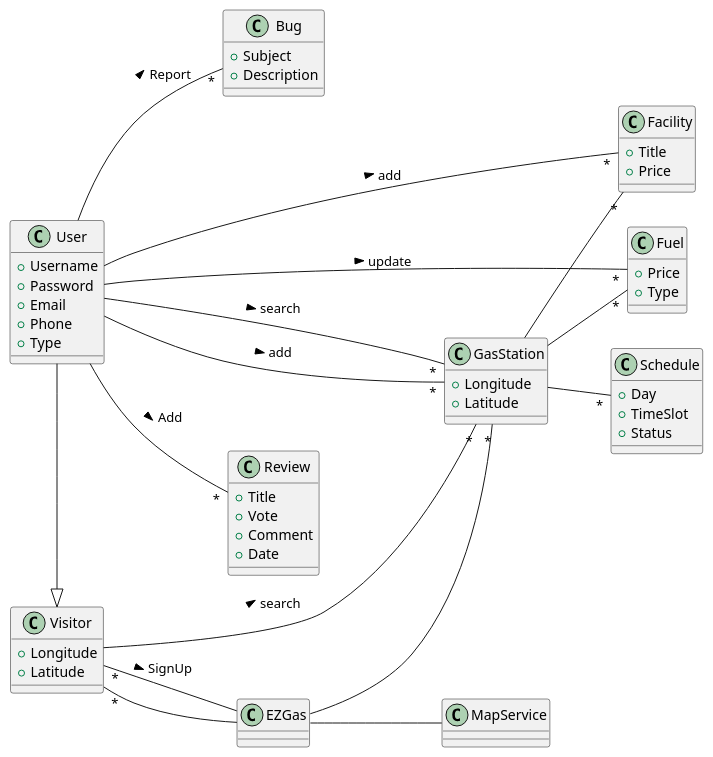
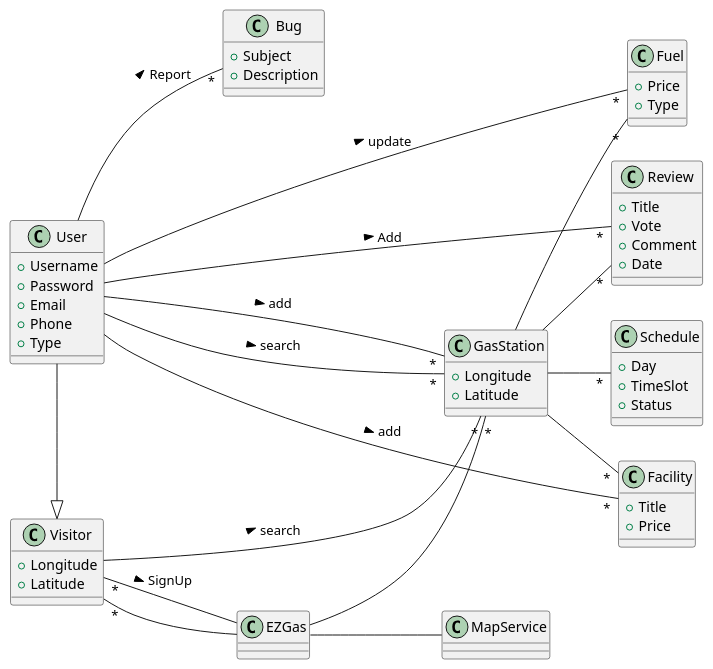
One commit to giovannitangredi/SEIProject changed the second of 2 diagrams in docs/RequirementsDocument.md. Above: the diagram before and after it, drawn with PlantUML.

Commit message:
fix: added link in glossary

````diff
--- a/docs/RequirementsDocument.md
+++ b/docs/RequirementsDocument.md
@@ -160,74 +160,75 @@
 ```plantuml
 @startuml
 left to right direction
 
 Class Visitor {
 	+ Longitude
 	+ Latitude
 }
 Class User {
 	+ Username
 	+ Password
 	+ Email
 	+ Phone
 	+ Type
 }
 
 Class GasStation{
 	+ Longitude
 	+ Latitude
 }
 
 Class Schedule {
         + Day
         + TimeSlot
         + Status
 }
 
 
 
 Class Facility {
 	+ Title
 	+ Price
 }
 
 Class Fuel{
 	+ Price
 	+ Type
 }
 
 Class EZGas{
 }
 
 Class MapService {
 }
 
 Class Review {
          + Title
          + Vote
          + Comment
          + Date
 }
 
 Class Bug {
          + Subject
          + Description
 }
 
 GasStation -- "*" Fuel
 GasStation -- "*" Facility
 GasStation -- "*" Schedule
+GasStation -- "*" Review
 User -|> Visitor
 GasStation "*" -- User : search <
 GasStation "*" -- Visitor : search <
 User -- "*" GasStation : add >
 User -- "*" Fuel : update >
 User -- "*" Facility : add >
 Visitor "*" -- EZGas : SignUp >
 EZGas -- "*" GasStation
 EZGas -- "*" Visitor
 EZGas -- MapService
 User -- "*" Review : Add >
 User -- "*" Bug : Report >
 @enduml
 ```
````
